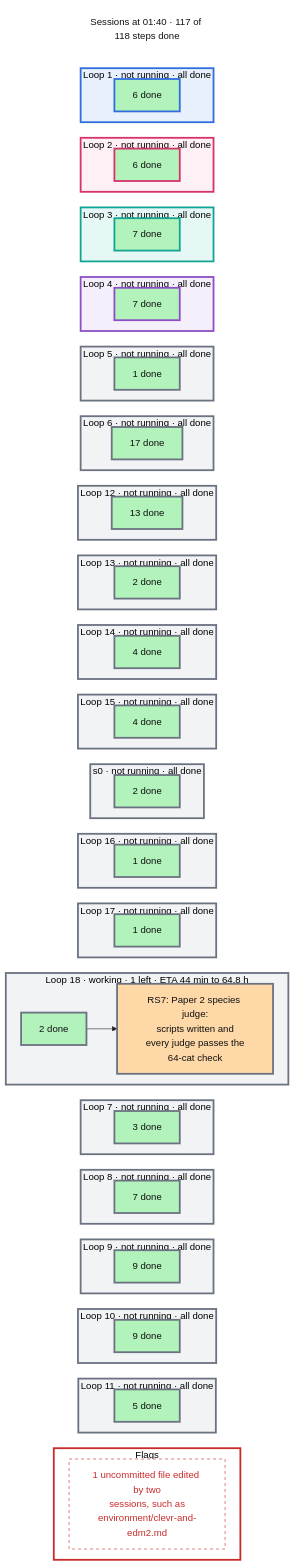
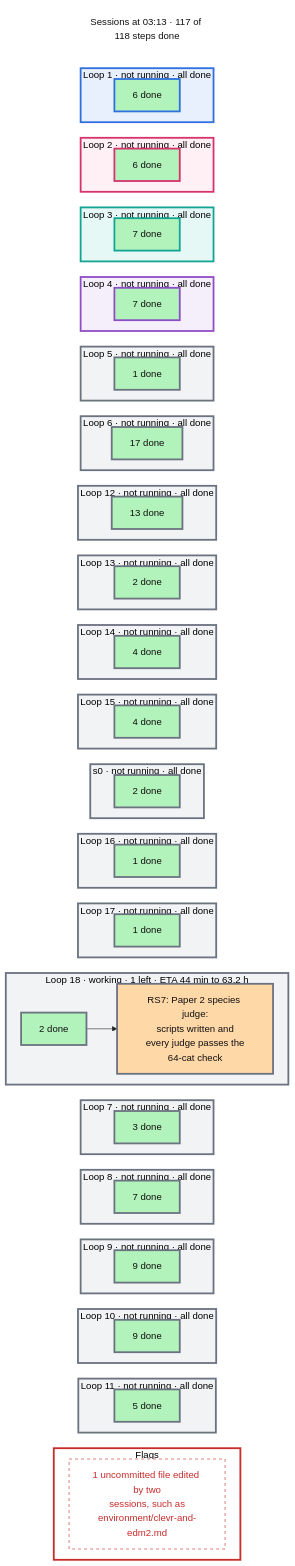
The diagram in artifacts/notes/progress/sessions.mmd (mo-rsa24/concept-composition), drawn with Mermaid before and after one commit. The commit also changed 10 other files, not shown here.

```diff
--- a/artifacts/notes/progress/sessions.mmd
+++ b/artifacts/notes/progress/sessions.mmd
@@ -1,129 +1,129 @@
 %%{init: {'theme': 'base', 'themeVariables': {'fontFamily': 'monospace', 'primaryColor': '#ffffff', 'primaryBorderColor': '#222222', 'primaryTextColor': '#111111', 'lineColor': '#222222'}, 'flowchart': {'nodeSpacing': 16, 'rankSpacing': 26}}}%%
 flowchart TB
   classDef done fill:#b2f2bb,color:#111111
   classDef doing fill:#ffd8a8,color:#111111
   classDef todo fill:#e9ecef,color:#111111
   classDef note fill:#ffffff,stroke:#c92a2a,stroke-dasharray:5 5,color:#c92a2a
-  now["Sessions at 01:40 · 117 of 118 steps done"]
+  now["Sessions at 03:13 · 117 of 118 steps done"]
   style now fill:#ffffff,stroke:#ffffff,color:#111111
   subgraph L0["Loop 1 · not running · all done"]
     direction LR
     d0["6 done"]:::done
   end
   subgraph L1["Loop 2 · not running · all done"]
     direction LR
     d1["6 done"]:::done
   end
   subgraph L2["Loop 3 · not running · all done"]
     direction LR
     d2["7 done"]:::done
   end
   subgraph L3["Loop 4 · not running · all done"]
     direction LR
     d3["7 done"]:::done
   end
   subgraph L4["Loop 5 · not running · all done"]
     direction LR
     d4["1 done"]:::done
   end
   subgraph L5["Loop 6 · not running · all done"]
     direction LR
     d5["17 done"]:::done
   end
   subgraph L6["Loop 12 · not running · all done"]
     direction LR
     d6["13 done"]:::done
   end
   subgraph L7["Loop 13 · not running · all done"]
     direction LR
     d7["2 done"]:::done
   end
   subgraph L8["Loop 14 · not running · all done"]
     direction LR
     d8["4 done"]:::done
   end
   subgraph L9["Loop 15 · not running · all done"]
     direction LR
     d9["4 done"]:::done
   end
   subgraph L10["s0 · not running · all done"]
     direction LR
     d10["2 done"]:::done
   end
   subgraph L11["Loop 16 · not running · all done"]
     direction LR
     d11["1 done"]:::done
   end
   subgraph L12["Loop 17 · not running · all done"]
     direction LR
     d12["1 done"]:::done
   end
-  subgraph L13["Loop 18 · working · 1 left · ETA 44 min to 64.8 h"]
+  subgraph L13["Loop 18 · working · 1 left · ETA 44 min to 63.2 h"]
     direction LR
     d13["2 done"]:::done --> n_RS7["RS7: Paper 2 species judge:<br/>scripts written and<br/>every judge passes the<br/>64-cat check"]:::doing
   end
   subgraph L14["Loop 7 · not running · all done"]
     direction LR
     d14["3 done"]:::done
   end
   subgraph L15["Loop 8 · not running · all done"]
     direction LR
     d15["7 done"]:::done
   end
   subgraph L16["Loop 9 · not running · all done"]
     direction LR
     d16["9 done"]:::done
   end
   subgraph L17["Loop 10 · not running · all done"]
     direction LR
     d17["9 done"]:::done
   end
   subgraph L18["Loop 11 · not running · all done"]
     direction LR
     d18["5 done"]:::done
   end
   subgraph L19["Flags"]
     direction LR
     flag0["1 uncommitted file edited by two<br/>sessions, such as<br/>environment/clevr-and-edm2.md"]:::note
   end
   now ~~~ L0 ~~~ L1 ~~~ L2 ~~~ L3 ~~~ L4 ~~~ L5 ~~~ L6 ~~~ L7 ~~~ L8 ~~~ L9 ~~~ L10 ~~~ L11 ~~~ L12 ~~~ L13 ~~~ L14 ~~~ L15 ~~~ L16 ~~~ L17 ~~~ L18 ~~~ L19
   style L0 fill:#e8f0fd,stroke:#2f6fde,stroke-width:3px
   style d0 stroke:#2f6fde,stroke-width:3px
   style L1 fill:#fff0f6,stroke:#d6336c,stroke-width:3px
   style d1 stroke:#d6336c,stroke-width:3px
   style L2 fill:#e6f8f5,stroke:#12a594,stroke-width:3px
   style d2 stroke:#12a594,stroke-width:3px
   style L3 fill:#f5effb,stroke:#8e4ec6,stroke-width:3px
   style d3 stroke:#8e4ec6,stroke-width:3px
   style L4 fill:#f1f3f5,stroke:#6b7280,stroke-width:3px
   style d4 stroke:#6b7280,stroke-width:3px
   style L5 fill:#f1f3f5,stroke:#6b7280,stroke-width:3px
   style d5 stroke:#6b7280,stroke-width:3px
   style L6 fill:#f1f3f5,stroke:#6b7280,stroke-width:3px
   style d6 stroke:#6b7280,stroke-width:3px
   style L7 fill:#f1f3f5,stroke:#6b7280,stroke-width:3px
   style d7 stroke:#6b7280,stroke-width:3px
   style L8 fill:#f1f3f5,stroke:#6b7280,stroke-width:3px
   style d8 stroke:#6b7280,stroke-width:3px
   style L9 fill:#f1f3f5,stroke:#6b7280,stroke-width:3px
   style d9 stroke:#6b7280,stroke-width:3px
   style L10 fill:#f1f3f5,stroke:#6b7280,stroke-width:3px
   style d10 stroke:#6b7280,stroke-width:3px
   style L11 fill:#f1f3f5,stroke:#6b7280,stroke-width:3px
   style d11 stroke:#6b7280,stroke-width:3px
   style L12 fill:#f1f3f5,stroke:#6b7280,stroke-width:3px
   style d12 stroke:#6b7280,stroke-width:3px
   style L13 fill:#f1f3f5,stroke:#6b7280,stroke-width:3px
   style d13 stroke:#6b7280,stroke-width:3px
   style n_RS7 stroke:#6b7280,stroke-width:3px
   style L14 fill:#f1f3f5,stroke:#6b7280,stroke-width:3px
   style d14 stroke:#6b7280,stroke-width:3px
   style L15 fill:#f1f3f5,stroke:#6b7280,stroke-width:3px
   style d15 stroke:#6b7280,stroke-width:3px
   style L16 fill:#f1f3f5,stroke:#6b7280,stroke-width:3px
   style d16 stroke:#6b7280,stroke-width:3px
   style L17 fill:#f1f3f5,stroke:#6b7280,stroke-width:3px
   style d17 stroke:#6b7280,stroke-width:3px
   style L18 fill:#f1f3f5,stroke:#6b7280,stroke-width:3px
   style d18 stroke:#6b7280,stroke-width:3px
   style L19 fill:#ffffff,stroke:#c92a2a,stroke-width:3px
```
